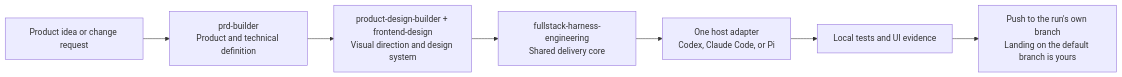
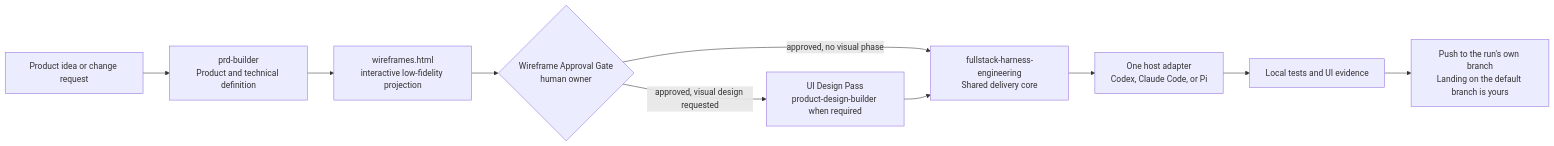
One commit to Phlegonlabs/product-delivery-harness changed the first of 2 diagrams in README.md. Above: the diagram before and after it, drawn with Mermaid. The commit also changed other lines of this file and 10 other files, not shown here.

````diff
--- a/README.md
+++ b/README.md
@@ -68,9 +69,12 @@
 ```mermaid
 flowchart LR
   Idea["Product idea or change request"] --> PRD["prd-builder\nProduct and technical definition"]
-  PRD --> Design["product-design-builder + frontend-design\nVisual direction and design system"]
-  Design --> Harness["fullstack-harness-engineering\nShared delivery core"]
+  PRD --> Wireframe["wireframes.html\ninteractive low-fidelity projection"]
+  Wireframe --> Gate{"Wireframe Approval Gate\nhuman owner"}
+  Gate -->|"approved, visual design requested"| Design["UI Design Pass\nproduct-design-builder when required"]
+  Gate -->|"approved, no visual phase"| Harness["fullstack-harness-engineering\nShared delivery core"]
+  Design --> Harness
   Harness --> Runtime["One host adapter\nCodex, Claude Code, or Pi"]
   Runtime --> Evidence["Local tests and UI evidence"]
   Evidence --> Push["Push to the run's own branch\nLanding on the default branch is yours"]
 ```
````
